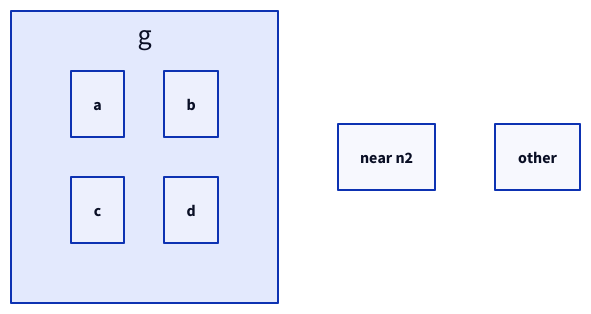
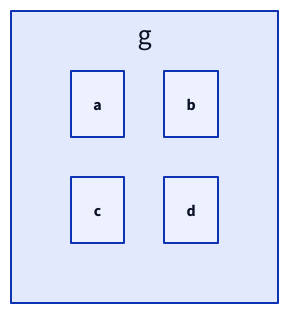
Before and after one commit to 81ueman/skills: diagram 11 of 17 in skills/d2-diagrams/references/syntax.md, drawn with D2. The commit also changed other lines of this file and 2 other files, not shown here.

First line of the commit message:
Update d2-diagrams: clarify ASCII sizing and layout engine behavior

````diff
--- a/skills/d2-diagrams/references/syntax.md
+++ b/skills/d2-diagrams/references/syntax.md
@@ -127,11 +139,9 @@
 ```d2
+# グリッド配置（全エンジン）
 g: {
   grid-rows: 2
   grid-columns: 2
   a; b
   c; d
 }
-
-n1: near n2
-n2: other
 ```
````
